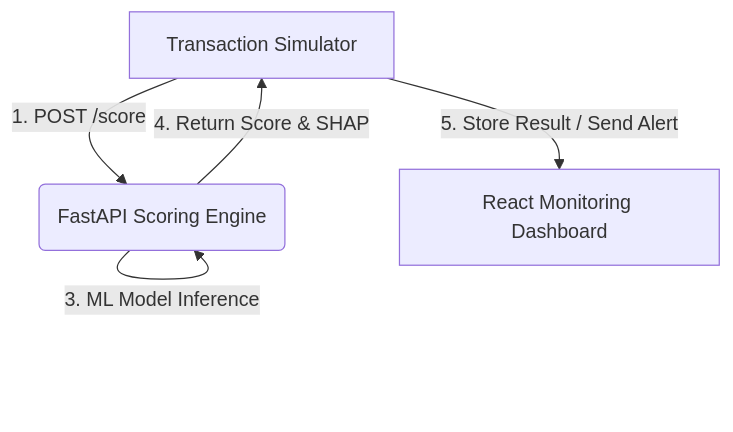
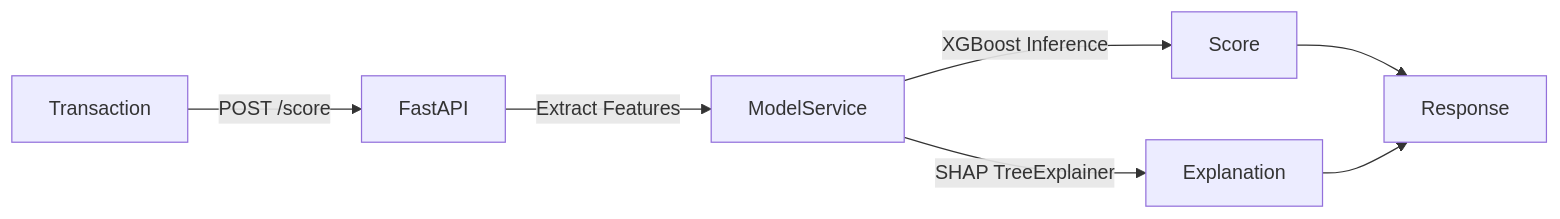
One commit to stephancmorris/paymentmate-ai-fraud-detector changed the diagram in README.md. Above: the diagram before and after it, drawn with Mermaid. The commit also changed other lines of this file and 3 other files, not shown here.

````diff
--- a/README.md
+++ b/README.md
@@ -29,8 +82,9 @@
 ```mermaid
-graph TD
-    A[Transaction Simulator] -->|1. POST /score| B(FastAPI Scoring Engine);
-    B -->|2. Feature Engineering| B;
-    B -->|3. ML Model Inference| B;
-    B -->|4. Return Score & SHAP| A;
-    A -->|5. Store Result / Send Alert| E[React Monitoring Dashboard];
+graph LR
+    A[Transaction] -->|POST /score| B[FastAPI]
+    B -->|Extract Features| C[ModelService]
+    C -->|XGBoost Inference| D[Score]
+    C -->|SHAP TreeExplainer| E[Explanation]
+    D --> F[Response]
+    E --> F
 ```
````
